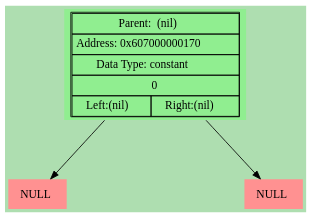
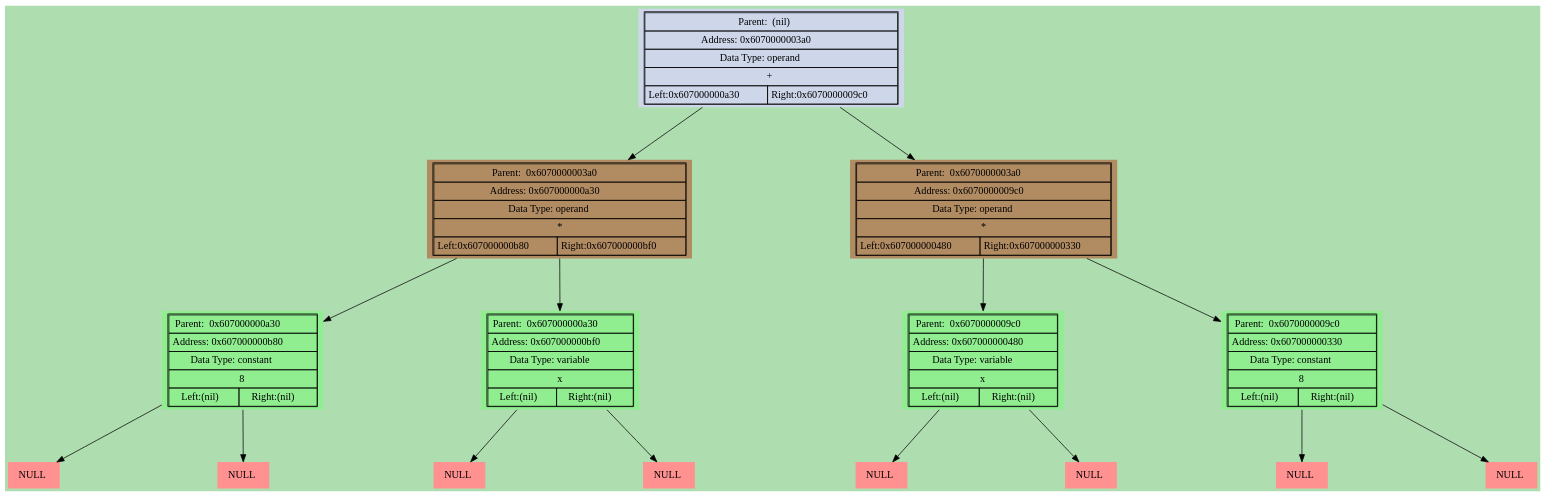
One commit to bgclutch/differentiator_ded changed the diagram in dumps/graphic_dump.dot. Above: the diagram before and after it, drawn with Graphviz. The commit also changed 15 other files, not shown here.

```diff
--- a/dumps/graphic_dump.dot
+++ b/dumps/graphic_dump.dot
@@ -1,30 +1,114 @@
 digraph LIST{
 harset = "UTF-8";
 node [shape=plaintext];
 bgcolor = "#0000aa";
 fontcolor = black;
 fontsize = 18;
 style = "italic";
 margin = 1;
 ranksep = 1;
 nodesep = 3;
 bgcolor = "#aedeb0";
-"0x6070000001a8" [style = "filled", fillcolor = "#ff9191", label=<
+"0x607000000a30" [style = "filled", fillcolor = "#b18b62",label=<
+<table border="1" cellspacing="0" cellpadding="4">
+<tr><td colspan="2">Parent:  0x6070000003a0</td></tr>
+<tr><td colspan="2">Address: 0x607000000a30</td></tr>
+<tr><td colspan="2">Data Type: operand</td></tr>
+<tr><td colspan="2">*</td></tr>
+<tr><td align = "center" >Left:0x607000000b80</td><td align = "center" >Right:0x607000000bf0</td></tr></table>>];
+
+"0x6070000003a0" -> "0x607000000a30";
+"0x607000000b80" [style = "filled", fillcolor = "lightgreen",label=<
+<table border="1" cellspacing="0" cellpadding="4">
+<tr><td colspan="2">Parent:  0x607000000a30</td></tr>
+<tr><td colspan="2">Address: 0x607000000b80</td></tr>
+<tr><td colspan="2">Data Type: constant</td></tr>
+<tr><td colspan="2">8</td></tr>
+<tr><td align = "center" >Left:(nil)</td><td align = "center" >Right:(nil)</td></tr></table>>];
+
+"0x607000000a30" -> "0x607000000b80";
+"0x607000000b80" -> "0x607000000bb8";
+"0x607000000bb8" [style = "filled", fillcolor = "#ff9191", label=<
 <table border = "0" cellspacing="2" cellpadding="4">
 <tr><td>NULL</td></tr></table>>];
 
-"0x607000000170" -> "0x6070000001a8";
-"0x6070000001b0" [style = "filled", fillcolor = "#ff9191", label=<
+"0x607000000b80" -> "0x607000000bc0";
+"0x607000000bc0" [style = "filled", fillcolor = "#ff9191", label=<
 <table border = "0" cellspacing="2" cellpadding="4">
 <tr><td>NULL</td></tr></table>>];
 
-"0x607000000170" -> "0x6070000001b0";
-"0x607000000170" [style = "filled", fillcolor = "lightgreen",label=<
+"0x607000000bf0" [style = "filled", fillcolor = "lightgreen",label=<
+<table border="1" cellspacing="0" cellpadding="4">
+<tr><td colspan="2">Parent:  0x607000000a30</td></tr>
+<tr><td colspan="2">Address: 0x607000000bf0</td></tr>
+<tr><td colspan="2">Data Type: variable</td></tr>
+<tr><td colspan="2">x</td></tr>
+<tr><td align = "center" >Left:(nil)</td><td align = "center" >Right:(nil)</td></tr></table>>];
+
+"0x607000000a30" -> "0x607000000bf0";
+"0x607000000bf0" -> "0x607000000c28";
+"0x607000000c28" [style = "filled", fillcolor = "#ff9191", label=<
+<table border = "0" cellspacing="2" cellpadding="4">
+<tr><td>NULL</td></tr></table>>];
+
+"0x607000000bf0" -> "0x607000000c30";
+"0x607000000c30" [style = "filled", fillcolor = "#ff9191", label=<
+<table border = "0" cellspacing="2" cellpadding="4">
+<tr><td>NULL</td></tr></table>>];
+
+"0x6070000009c0" [style = "filled", fillcolor = "#b18b62",label=<
+<table border="1" cellspacing="0" cellpadding="4">
+<tr><td colspan="2">Parent:  0x6070000003a0</td></tr>
+<tr><td colspan="2">Address: 0x6070000009c0</td></tr>
+<tr><td colspan="2">Data Type: operand</td></tr>
+<tr><td colspan="2">*</td></tr>
+<tr><td align = "center" >Left:0x607000000480</td><td align = "center" >Right:0x607000000330</td></tr></table>>];
+
+"0x6070000003a0" -> "0x6070000009c0";
+"0x607000000480" [style = "filled", fillcolor = "lightgreen",label=<
+<table border="1" cellspacing="0" cellpadding="4">
+<tr><td colspan="2">Parent:  0x6070000009c0</td></tr>
+<tr><td colspan="2">Address: 0x607000000480</td></tr>
+<tr><td colspan="2">Data Type: variable</td></tr>
+<tr><td colspan="2">x</td></tr>
+<tr><td align = "center" >Left:(nil)</td><td align = "center" >Right:(nil)</td></tr></table>>];
+
+"0x6070000009c0" -> "0x607000000480";
+"0x607000000480" -> "0x6070000004b8";
+"0x6070000004b8" [style = "filled", fillcolor = "#ff9191", label=<
+<table border = "0" cellspacing="2" cellpadding="4">
+<tr><td>NULL</td></tr></table>>];
+
+"0x607000000480" -> "0x6070000004c0";
+"0x6070000004c0" [style = "filled", fillcolor = "#ff9191", label=<
+<table border = "0" cellspacing="2" cellpadding="4">
+<tr><td>NULL</td></tr></table>>];
+
+"0x607000000330" [style = "filled", fillcolor = "lightgreen",label=<
+<table border="1" cellspacing="0" cellpadding="4">
+<tr><td colspan="2">Parent:  0x6070000009c0</td></tr>
+<tr><td colspan="2">Address: 0x607000000330</td></tr>
+<tr><td colspan="2">Data Type: constant</td></tr>
+<tr><td colspan="2">8</td></tr>
+<tr><td align = "center" >Left:(nil)</td><td align = "center" >Right:(nil)</td></tr></table>>];
+
+"0x6070000009c0" -> "0x607000000330";
+"0x607000000330" -> "0x607000000368";
+"0x607000000368" [style = "filled", fillcolor = "#ff9191", label=<
+<table border = "0" cellspacing="2" cellpadding="4">
+<tr><td>NULL</td></tr></table>>];
+
+"0x607000000330" -> "0x607000000370";
+"0x607000000370" [style = "filled", fillcolor = "#ff9191", label=<
+<table border = "0" cellspacing="2" cellpadding="4">
+<tr><td>NULL</td></tr></table>>];
+
+"0x6070000003a0" [style = "filled", fillcolor = "#ced7ea",label=<
 <table border="1" cellspacing="0" cellpadding="4">
 <tr><td colspan="2">Parent:  (nil)</td></tr>
-<tr><td colspan="2">Address: 0x607000000170</td></tr>
-<tr><td colspan="2">Data Type: constant</td></tr>
-<tr><td colspan="2">0</td></tr>
-<tr><td align = "center" >Left:(nil)</td><td align = "center" >Right:(nil)</td></tr></table>>];
+<tr><td colspan="2">Address: 0x6070000003a0</td></tr>
+<tr><td colspan="2">Data Type: operand</td></tr>
+<tr><td colspan="2">+</td></tr>
+<tr><td align = "center" >Left:0x607000000a30</td><td align = "center" >Right:0x6070000009c0</td></tr></table>>];
 
 }
```
